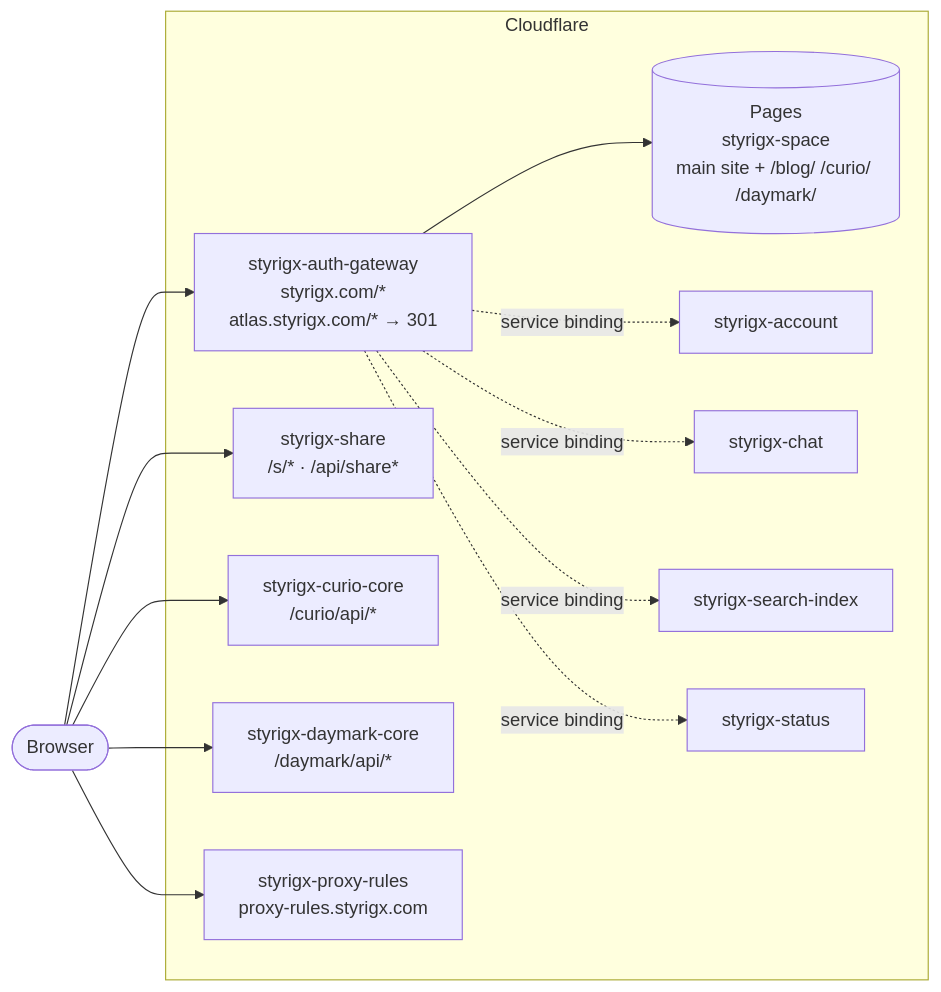
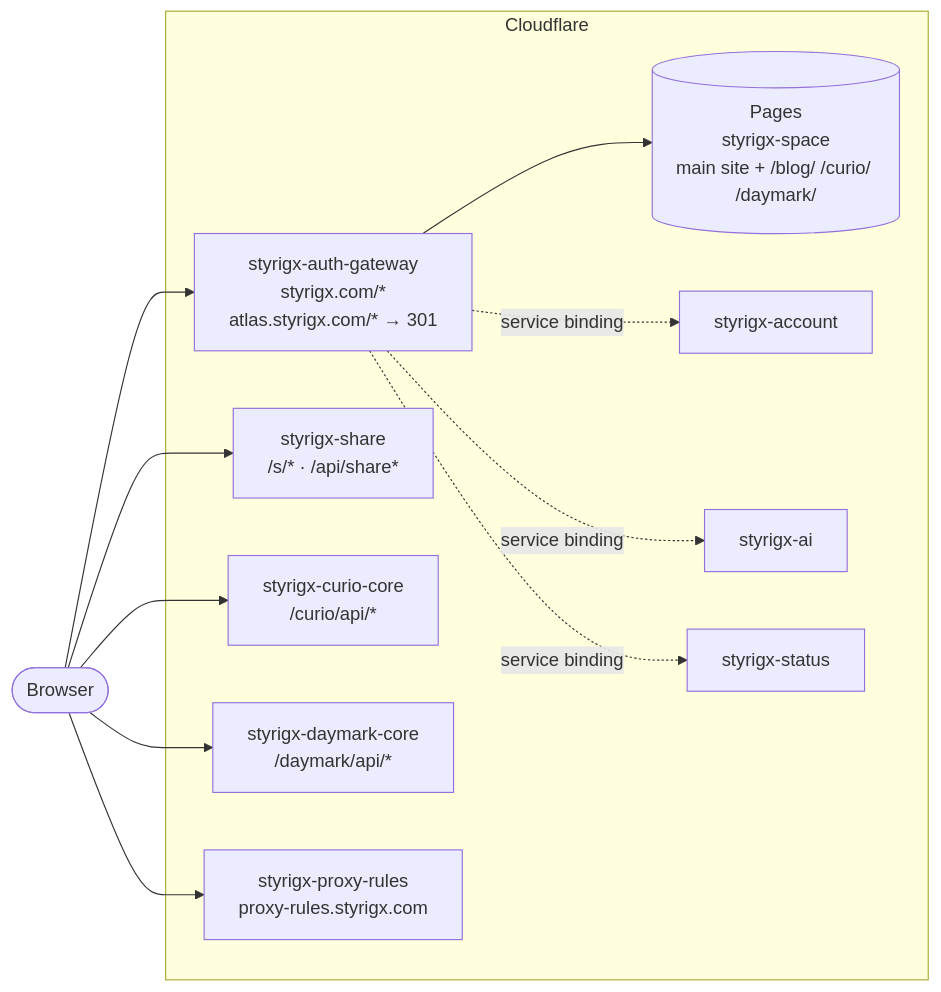
One commit to styrigx/styrigx-space changed the diagram in README.en.md. Above: the diagram before and after it, drawn with Mermaid. The commit also changed other lines of this file and 140 other files, not shown here.

````diff
--- a/README.en.md
+++ b/README.en.md
@@ -70,20 +69,19 @@
 ```mermaid
 flowchart LR
   V([Browser]) --> GW
   subgraph CF[Cloudflare]
     GW[styrigx-auth-gateway<br/>styrigx.com/*<br/>atlas.styrigx.com/* → 301]
     SH[styrigx-share<br/>/s/* · /api/share*]
     CC[styrigx-curio-core<br/>/curio/api/*]
     DC[styrigx-daymark-core<br/>/daymark/api/*]
     GW --> P1[(Pages<br/>styrigx-space<br/>main site + /blog/ /curio/ /daymark/)]
     GW -. service binding .-> AC[styrigx-account]
-    GW -. service binding .-> CH[styrigx-chat]
-    GW -. service binding .-> SE[styrigx-search-index]
+    GW -. service binding .-> AI[styrigx-ai]
     GW -. service binding .-> ST[styrigx-status]
     PR[styrigx-proxy-rules<br/>proxy-rules.styrigx.com]
   end
   V --> SH
   V --> CC
   V --> DC
   V --> PR
 ```
````
